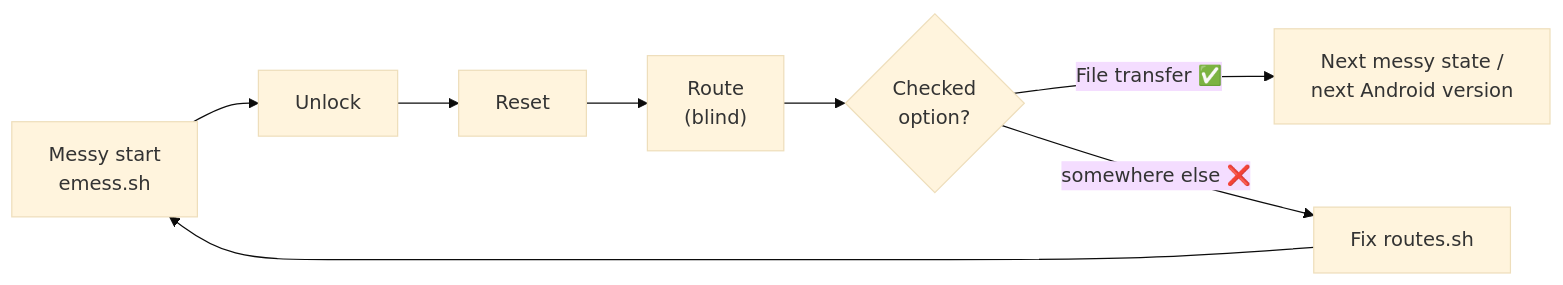
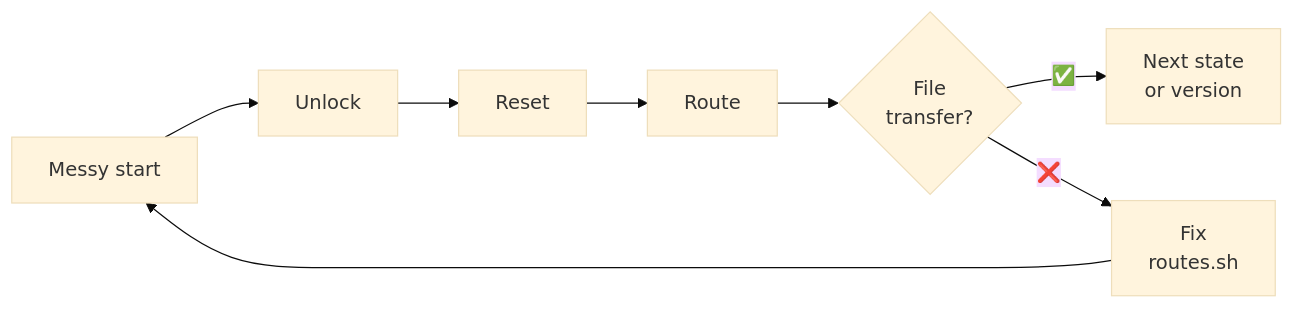
The second of 2 diagrams in README.md (dj31415/blind-android-rescue), drawn with Mermaid (base theme) before and after one commit. The commit also changed 1 other file, not shown here.

Commit message:
Compact traps strip and training diagram labels

````diff
--- a/README.md
+++ b/README.md
@@ -205,6 +205,6 @@
 ```mermaid
 flowchart LR
-    M["Messy start<br/>emess.sh"] --> U["Unlock"] --> R["Reset"] --> X["Route<br/>(blind)"] --> C{"Checked<br/>option?"}
-    C -- "File transfer ✅" --> N["Next messy state /<br/>next Android version"]
-    C -- "somewhere else ❌" --> F["Fix routes.sh"] --> M
+    M["Messy start"] --> U["Unlock"] --> R["Reset"] --> X["Route"] --> C{"File<br/>transfer?"}
+    C -- "✅" --> N["Next state<br/>or version"]
+    C -- "❌" --> F["Fix<br/>routes.sh"] --> M
 ```
````
